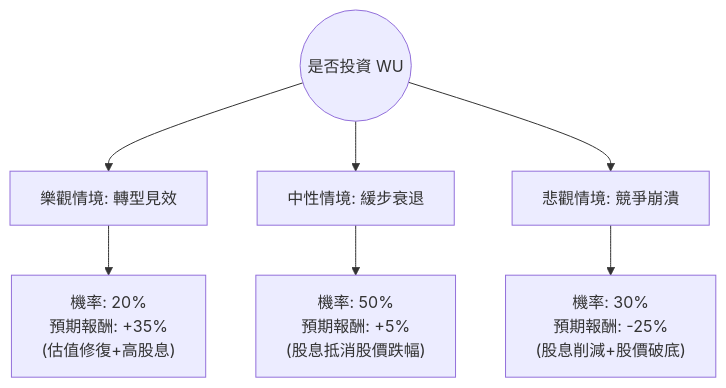
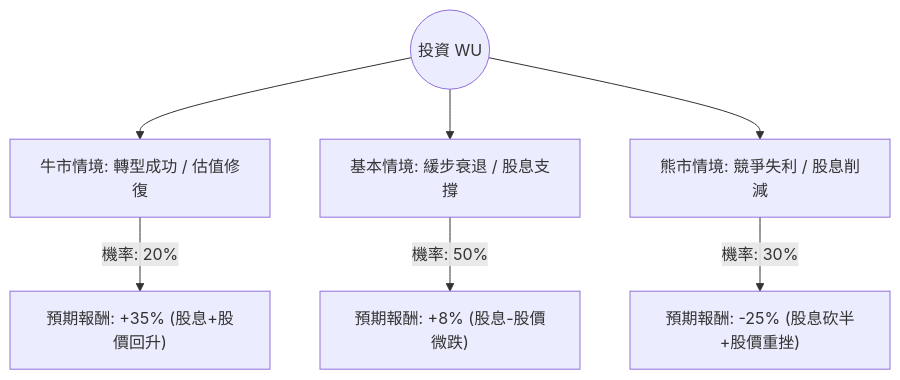
Before and after one commit to zmcx16/zmcx16.github.io: the diagram in plugin-react/ai-analysis/ev-analysis/WU.md, drawn with Mermaid. The commit also changed other lines of this file and 75 other files, not shown here.

````diff
--- a/plugin-react/ai-analysis/ev-analysis/WU.md
+++ b/plugin-react/ai-analysis/ev-analysis/WU.md
@@ -22,10 +22,10 @@
 ```mermaid
 graph TD
-    Start((是否投資 WU)) --> Bull[樂觀情境: 轉型見效]
-    Start --> Base[中性情境: 緩步衰退]
-    Start --> Bear[悲觀情境: 競爭崩潰]
+    Start((投資 WU)) --> Bull[牛市情境: 轉型成功 / 估值修復]
+    Start --> Base[基本情境: 緩步衰退 / 股息支撐]
+    Start --> Bear[熊市情境: 競爭失利 / 股息削減]
 
-    Bull --> BullVal["機率: 20% <br/> 預期報酬: +35% <br/> (估值修復+高股息)"]
-    Base --> BaseVal["機率: 50% <br/> 預期報酬: +5% <br/> (股息抵消股價跌幅)"]
-    Bear --> BearVal["機率: 30% <br/> 預期報酬: -25% <br/> (股息削減+股價破底)"]
+    Bull -- "機率: 20%" --> BullVal["預期報酬: +35% (股息+股價回升)"]
+    Base -- "機率: 50%" --> BaseVal["預期報酬: +8% (股息-股價微跌)"]
+    Bear -- "機率: 30%" --> BearVal["預期報酬: -25% (股息砍半+股價重挫)"]
 ```
````
